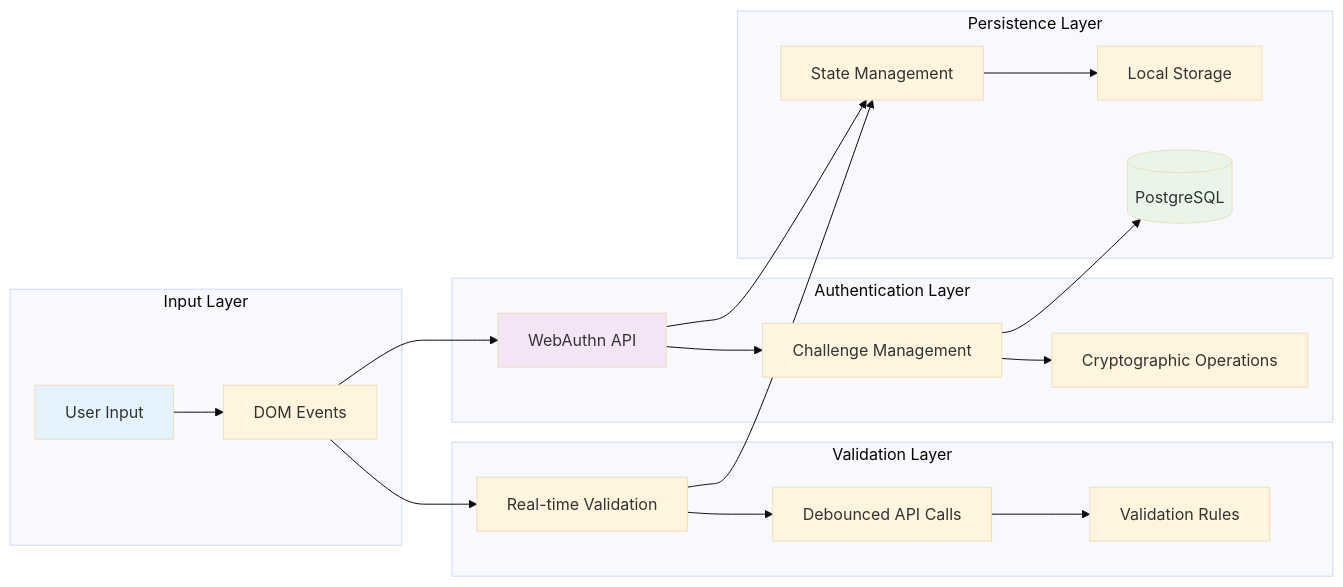
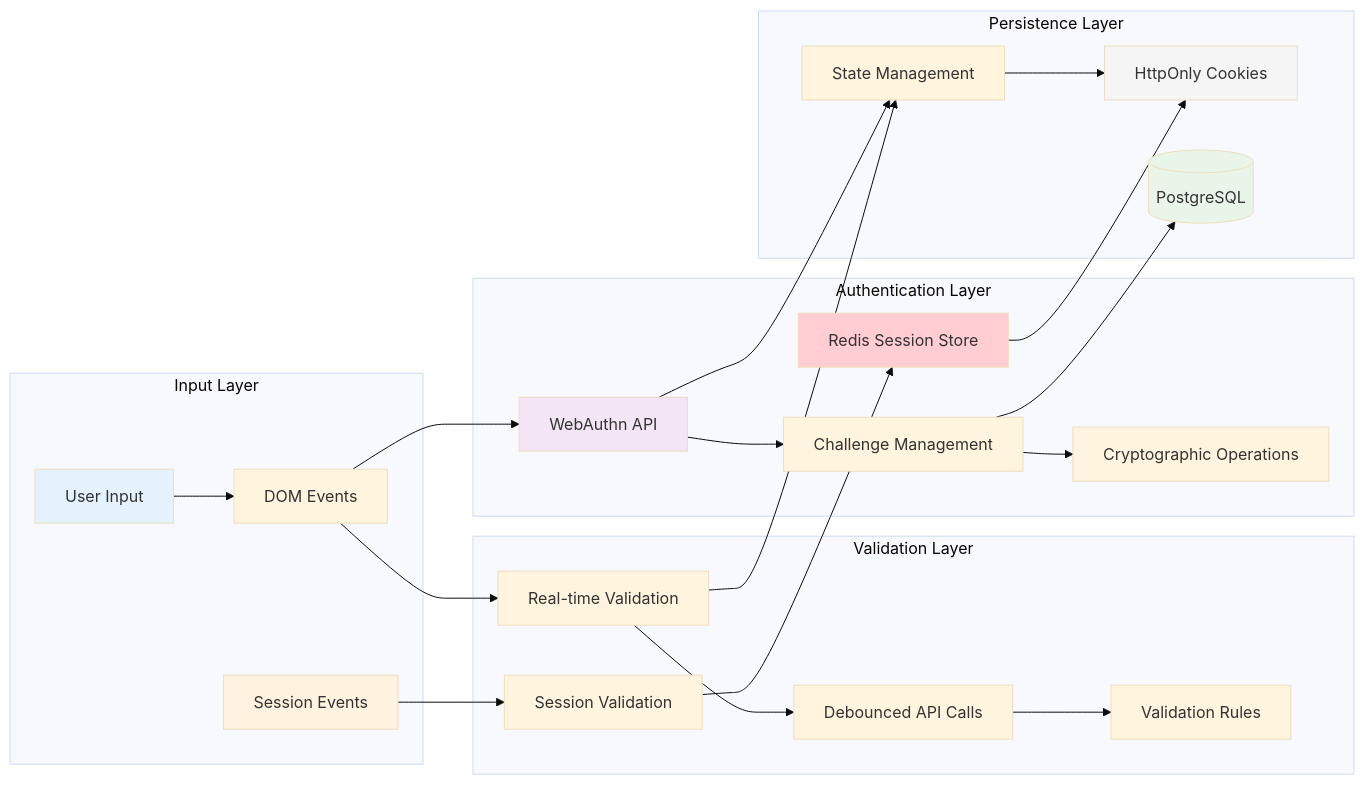
One commit to mabreyes/cssecdv-passkeys changed the fourth of 7 diagrams in README.md. Above: the diagram before and after it, drawn with Mermaid (base theme). The commit also changed other lines of this file, not shown here.

Commit message:
fix: Add threat diagram in readme

````diff
--- a/README.md
+++ b/README.md
@@ -301,43 +383,52 @@
 ```mermaid
 flowchart LR
     subgraph "Input Layer"
         UI[User Input]
         Events[DOM Events]
+        Session[Session Events]
     end
 
     subgraph "Validation Layer"
         RealTime[Real-time Validation]
         Debounce[Debounced API Calls]
         Rules[Validation Rules]
+        SessionCheck[Session Validation]
     end
 
     subgraph "Authentication Layer"
         WebAuthn[WebAuthn API]
         Challenges[Challenge Management]
         Crypto[Cryptographic Operations]
+        Redis[Redis Session Store]
     end
 
     subgraph "Persistence Layer"
         State[State Management]
-        LocalStore[Local Storage]
+        Cookies[HttpOnly Cookies]
         Database[(PostgreSQL)]
     end
 
     UI --> Events
     Events --> RealTime
     RealTime --> Debounce
     Debounce --> Rules
 
     Events --> WebAuthn
     WebAuthn --> Challenges
     Challenges --> Crypto
+    Session --> SessionCheck
+    SessionCheck --> Redis
 
     RealTime --> State
     WebAuthn --> State
-    State --> LocalStore
+    State --> Cookies
     Challenges --> Database
+    Redis --> Cookies
 
     style UI fill:#e3f2fd
     style WebAuthn fill:#f3e5f5
     style Database fill:#e8f5e8
+    style Redis fill:#ffcdd2
+    style Session fill:#fff3e0
+    style Cookies fill:#f5f5f5
 ```
````
